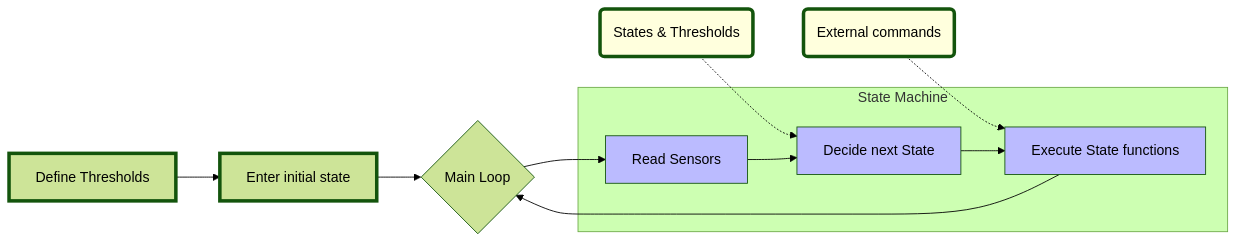
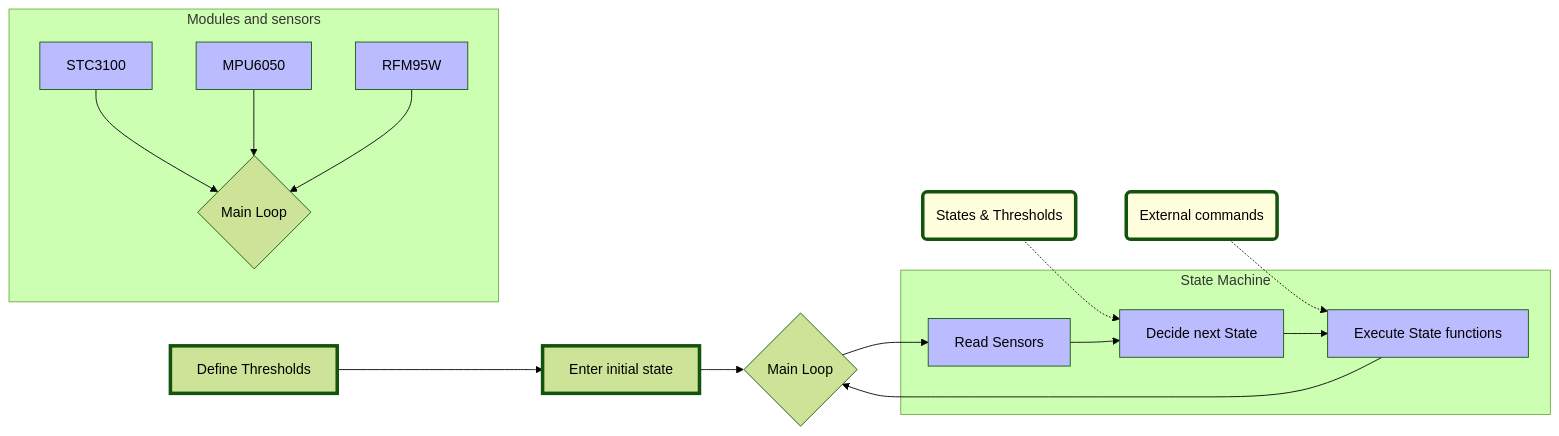
The diagram in README.md (marius-ne/AQUIS), drawn with Mermaid (forest theme) before and after one commit.

````diff
--- a/README.md
+++ b/README.md
@@ -13,31 +13,43 @@
 ```mermaid
 
 flowchart LR
 
 Node1[Define Thresholds] --> Node2[Enter initial state]
 Node2 --> Node3{Main Loop}
 
 style Node1 stroke-width:4px
 style Node2 stroke-width:4px
 style Node3 color:#000
 
 Node10(States & Thresholds) -.-> Node5
 Node11(External commands) -.-> Node6
 
 style Node10 stroke-width:4px, fill:#ffd
 style Node11 stroke-width:4px, fill:#ffd
 
 Node6[Execute State functions] --> Node3
 Node3 --> Node4[Read Sensors]
 
 subgraph "State Machine"
   
   Node4 --> Node5[Decide next State] 
   style Node5 fill:#bbf
   style Node4 fill:#bbf
   style Node6 fill:#bbf
   Node5 --> Node6
-  
+
 end
 
+subgraph "Modules and sensors"
+  
+  Node20[STC3100] --> Node30{Main Loop}
+  Node100[MPU6050] --> Node30
+  Node40[RFM95W] --> Node30
+  style Node20 fill:#bbf
+  style Node100 fill:#bbf
+  style Node40 fill:#bbf
+
+end
+  
+
 ```
````
